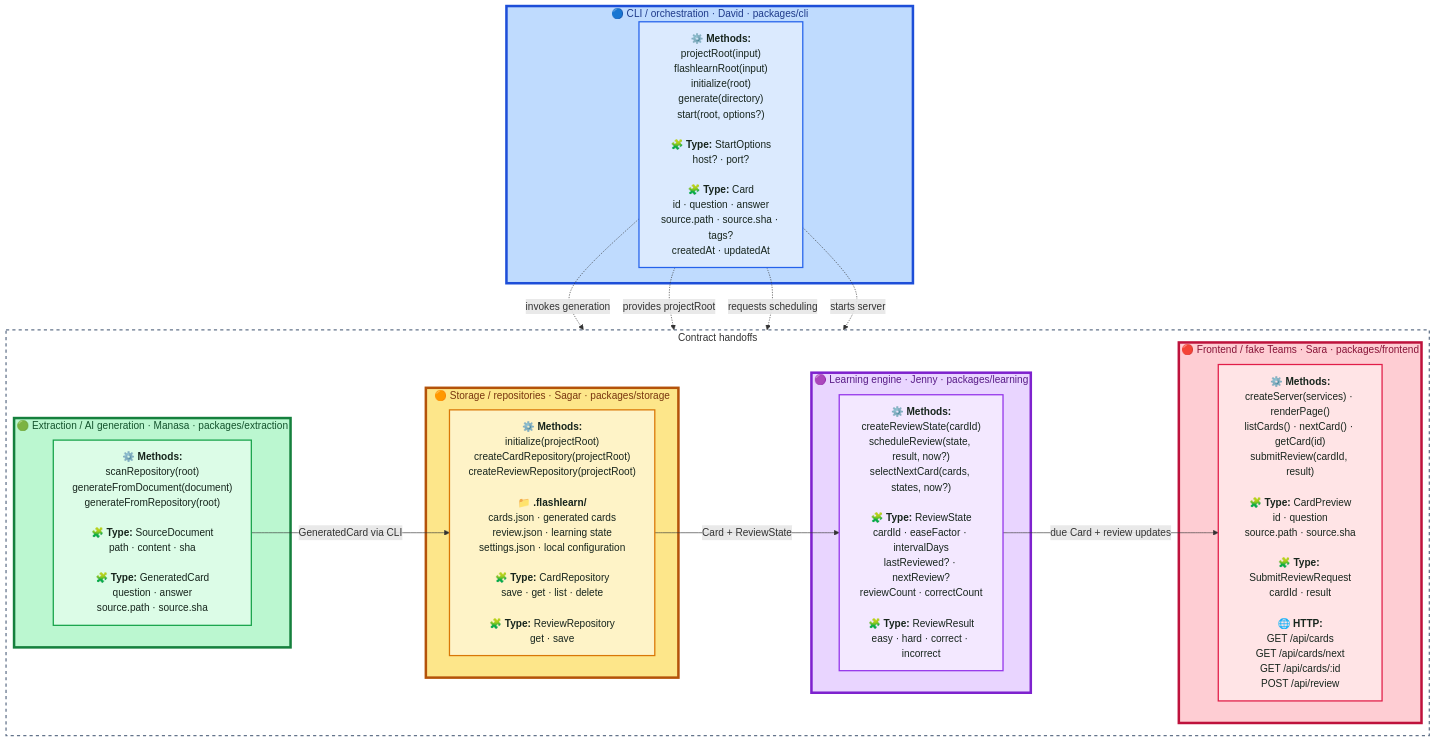
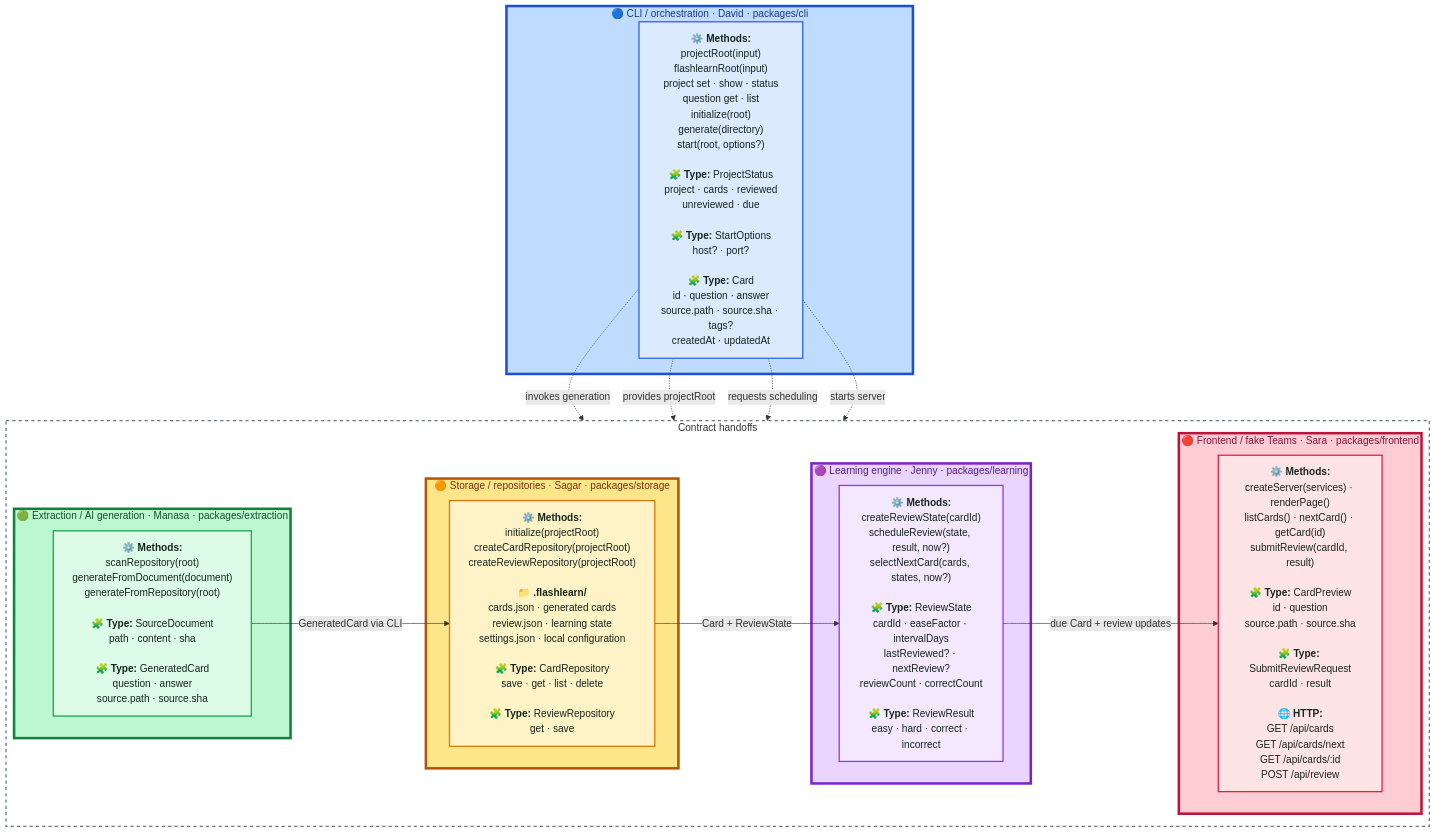
Before and after one commit to flashlearn-ai/flashlearn: the diagram in README.md, drawn with Mermaid. The commit also changed other lines of this file and 13 other files, not shown here.

Commit message:
Add project and question CLI commands

````diff
--- a/README.md
+++ b/README.md
@@ -102,50 +102,50 @@
 ```mermaid
 flowchart TD
   subgraph CLIRegion["🔵 CLI / orchestration · David · packages/cli"]
-    CLI["<b>⚙️ Methods:</b><br/>projectRoot(input)<br/>flashlearnRoot(input)<br/>initialize(root)<br/>generate(directory)<br/>start(root, options?)<br/><br/><b>🧩 Type:</b> StartOptions<br/>host? · port?<br/><br/><b>🧩 Type:</b> Card<br/>id · question · answer<br/>source.path · source.sha · tags?<br/>createdAt · updatedAt"]
+    CLI["<b>⚙️ Methods:</b><br/>projectRoot(input)<br/>flashlearnRoot(input)<br/>project set · show · status<br/>question get · list<br/>initialize(root)<br/>generate(directory)<br/>start(root, options?)<br/><br/><b>🧩 Type:</b> ProjectStatus<br/>project · cards · reviewed<br/>unreviewed · due<br/><br/><b>🧩 Type:</b> StartOptions<br/>host? · port?<br/><br/><b>🧩 Type:</b> Card<br/>id · question · answer<br/>source.path · source.sha · tags?<br/>createdAt · updatedAt"]
   end
 
   subgraph PackagePipeline["Contract handoffs"]
     direction LR
     subgraph ExtractionRegion["🟢 Extraction / AI generation · Manasa · packages/extraction"]
       Extraction["<b>⚙️ Methods:</b><br/>scanRepository(root)<br/>generateFromDocument(document)<br/>generateFromRepository(root)<br/><br/><b>🧩 Type:</b> SourceDocument<br/>path · content · sha<br/><br/><b>🧩 Type:</b> GeneratedCard<br/>question · answer<br/>source.path · source.sha"]
     end
 
     subgraph StorageRegion["🟠 Storage / repositories · Sagar · packages/storage"]
       Storage["<b>⚙️ Methods:</b><br/>initialize(projectRoot)<br/>createCardRepository(projectRoot)<br/>createReviewRepository(projectRoot)<br/><br/><b>📁 .flashlearn/</b><br/>cards.json · generated cards<br/>review.json · learning state<br/>settings.json · local configuration<br/><br/><b>🧩 Type:</b> CardRepository<br/>save · get · list · delete<br/><br/><b>🧩 Type:</b> ReviewRepository<br/>get · save"]
     end
 
     subgraph LearningRegion["🟣 Learning engine · Jenny · packages/learning"]
       Learning["<b>⚙️ Methods:</b><br/>createReviewState(cardId)<br/>scheduleReview(state, result, now?)<br/>selectNextCard(cards, states, now?)<br/><br/><b>🧩 Type:</b> ReviewState<br/>cardId · easeFactor · intervalDays<br/>lastReviewed? · nextReview?<br/>reviewCount · correctCount<br/><br/><b>🧩 Type:</b> ReviewResult<br/>easy · hard · correct · incorrect"]
     end
 
     subgraph FrontendRegion["🔴 Frontend / fake Teams · Sara · packages/frontend"]
       Frontend["<b>⚙️ Methods:</b><br/>createServer(services) · renderPage()<br/>listCards() · nextCard() · getCard(id)<br/>submitReview(cardId, result)<br/><br/><b>🧩 Type:</b> CardPreview<br/>id · question<br/>source.path · source.sha<br/><br/><b>🧩 Type:</b> SubmitReviewRequest<br/>cardId · result<br/><br/><b>🌐 HTTP:</b><br/>GET /api/cards<br/>GET /api/cards/next<br/>GET /api/cards/:id<br/>POST /api/review"]
     end
   end
 
   Extraction -->|GeneratedCard via CLI| Storage
   Storage -->|Card + ReviewState| Learning
   Learning -->|due Card + review updates| Frontend
   CLI -.->|invokes generation| Extraction
   CLI -.->|provides projectRoot| Storage
   CLI -.->|requests scheduling| Learning
   CLI -.->|starts server| Frontend
 
   classDef cli fill:#dbeafe,color:#17251d,stroke:#2563eb,stroke-width:2px;
   classDef extraction fill:#dcfce7,color:#17251d,stroke:#16a34a,stroke-width:2px;
   classDef storage fill:#fef3c7,color:#17251d,stroke:#d97706,stroke-width:2px;
   classDef learning fill:#f3e8ff,color:#17251d,stroke:#9333ea,stroke-width:2px;
   classDef frontend fill:#ffe4e6,color:#17251d,stroke:#e11d48,stroke-width:2px;
   class CLI cli;
   class Extraction extraction;
   class Storage storage;
   class Learning learning;
   class Frontend frontend;
   style ExtractionRegion fill:#bbf7d0,stroke:#15803d,stroke-width:4px,color:#14532d
   style CLIRegion fill:#bfdbfe,stroke:#1d4ed8,stroke-width:4px,color:#1e3a8a
   style StorageRegion fill:#fde68a,stroke:#b45309,stroke-width:4px,color:#78350f
   style LearningRegion fill:#e9d5ff,stroke:#7e22ce,stroke-width:4px,color:#581c87
   style FrontendRegion fill:#fecdd3,stroke:#be123c,stroke-width:4px,color:#881337
   style PackagePipeline fill:transparent,stroke:#64748b,stroke-width:2px,stroke-dasharray:5 5
 ```
````
